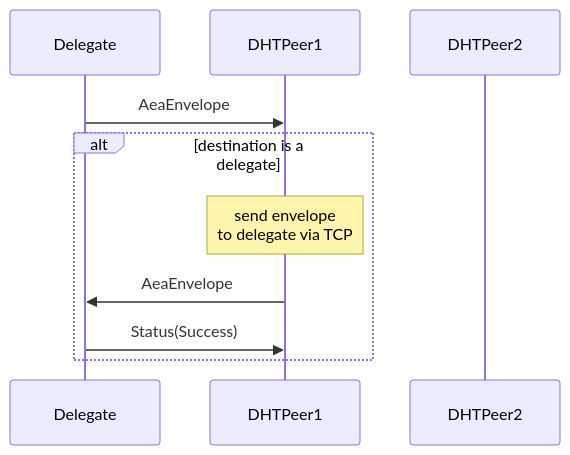
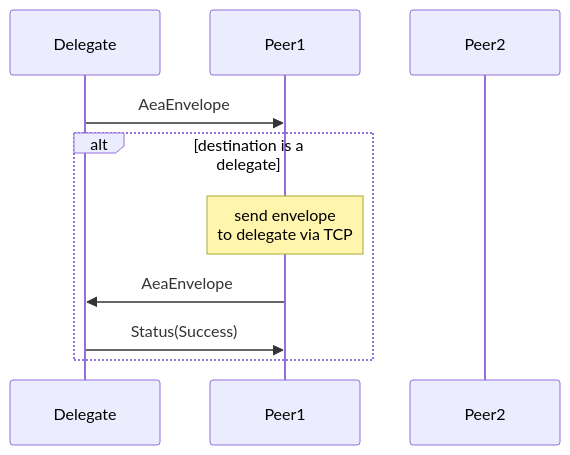
Before and after one commit to legendarydeveloper919/agents-aea: the fifth of 9 diagrams in docs/acn-internals.md, drawn with Mermaid. The commit also changed other lines of this file, not shown here.

Commit message:
docs: rename DHTPeer with Peer

```diff
--- a/docs/acn-internals.md
+++ b/docs/acn-internals.md
@@ -295,12 +295,12 @@
 <div class="mermaid">
     sequenceDiagram
         participant Delegate
-        participant DHTPeer1
-        participant DHTPeer2
-        Delegate->>DHTPeer1: AeaEnvelope
+        participant Peer1
+        participant Peer2
+        Delegate->>Peer1: AeaEnvelope
         alt destination is a delegate
-            note over DHTPeer1: send envelope<br/> to delegate via TCP
-            DHTPeer1->>Delegate: AeaEnvelope
-            Delegate->>DHTPeer1: Status(Success)
+            note over Peer1: send envelope<br/> to delegate via TCP
+            Peer1->>Delegate: AeaEnvelope
+            Delegate->>Peer1: Status(Success)
         end
 </div>
```
